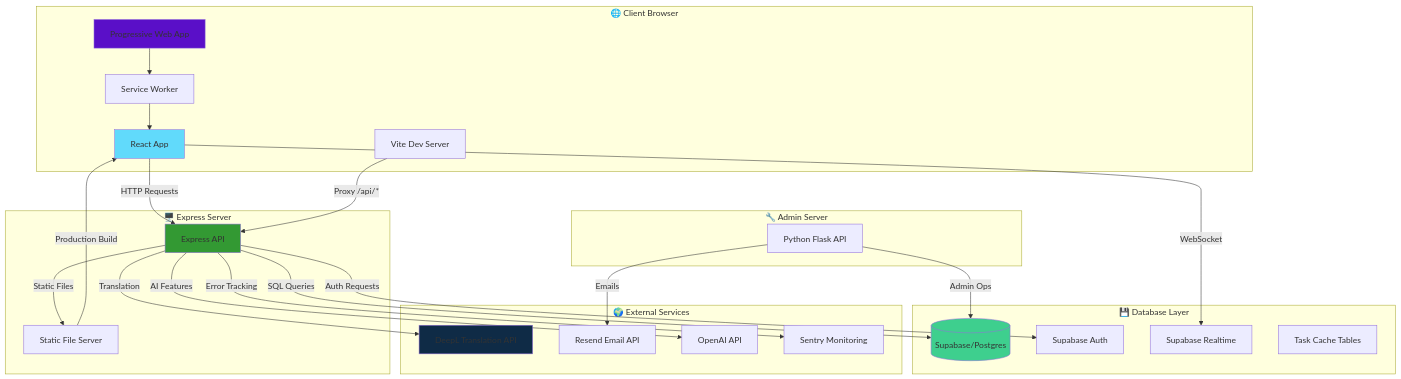
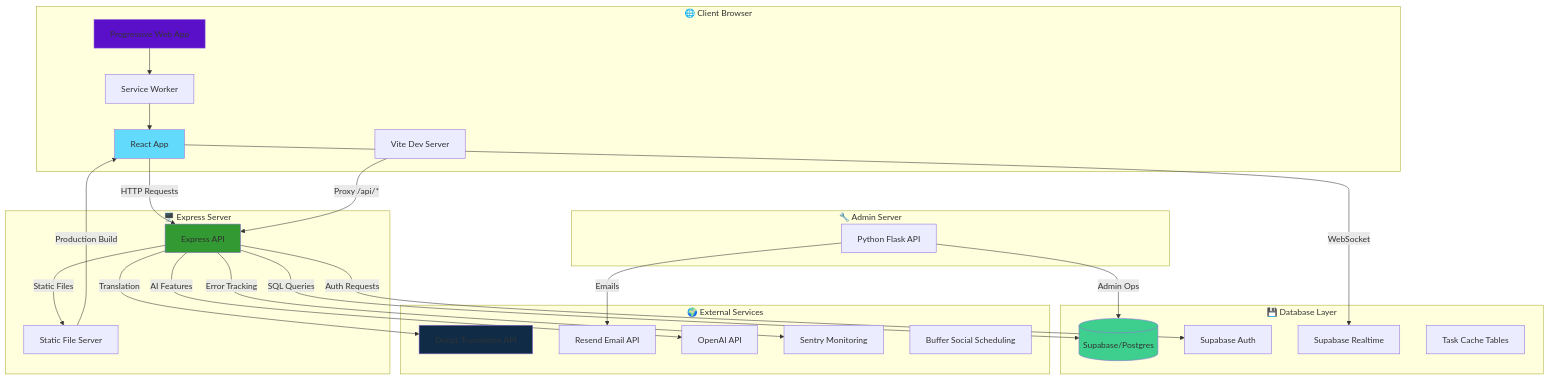
Before and after one commit to Duckxel/PlantSwipe: the first of 3 diagrams in plant-swipe/README.md, drawn with Mermaid. The commit also changed other lines of this file and 3 other files, not shown here.

````diff
--- a/plant-swipe/README.md
+++ b/plant-swipe/README.md
@@ -67,53 +67,54 @@
 ```mermaid
 flowchart TB
     subgraph Client["🌐 Client Browser"]
         PWA[Progressive Web App]
         SW[Service Worker]
         React[React App]
         Vite[Vite Dev Server]
     end
     
     subgraph Server["🖥️ Express Server"]
         ExpressAPI[Express API]
         StaticServe[Static File Server]
     end
     
     subgraph AdminServer["🔧 Admin Server"]
         Flask[Python Flask API]
     end
     
     subgraph Database["💾 Database Layer"]
         Supabase[(Supabase/Postgres)]
         Auth[Supabase Auth]
         Realtime[Supabase Realtime]
         Cache[Task Cache Tables]
     end
     
     subgraph External["🌍 External Services"]
         DeepL[DeepL Translation API]
         Resend[Resend Email API]
         OpenAI[OpenAI API]
         Sentry[Sentry Monitoring]
+        Buffer[Buffer Social Scheduling]
     end
     
     PWA --> SW
     SW --> React
     React -->|HTTP Requests| ExpressAPI
     React -->|WebSocket| Realtime
     Vite -->|Proxy /api/*| ExpressAPI
     ExpressAPI -->|SQL Queries| Supabase
     ExpressAPI -->|Auth Requests| Auth
     ExpressAPI -->|Translation| DeepL
     ExpressAPI -->|Static Files| StaticServe
     StaticServe -->|Production Build| React
     Flask -->|Admin Ops| Supabase
     Flask -->|Emails| Resend
     ExpressAPI -->|AI Features| OpenAI
     ExpressAPI -->|Error Tracking| Sentry
     
     style React fill:#61dafb
     style ExpressAPI fill:#339933
     style Supabase fill:#3ecf8e
     style DeepL fill:#0f2b46
     style PWA fill:#5a0fc8
 ```
````
